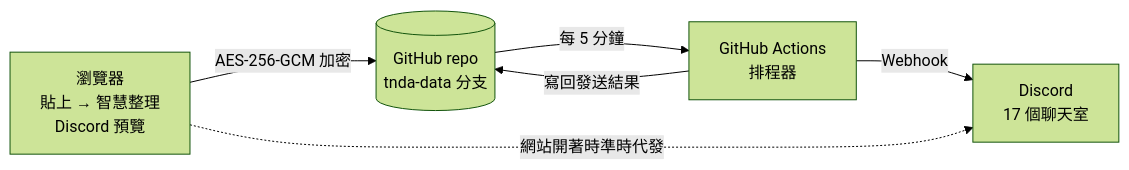
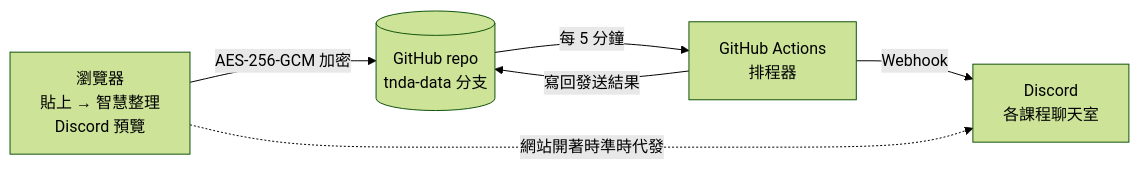
The diagram in README.md (tndaixd2026-dot/TNDA), drawn with Mermaid (forest theme) before and after one commit. The commit also changed other lines of this file and 12 other files, not shown here.

````diff
--- a/README.md
+++ b/README.md
@@ -105,8 +107,8 @@
 ```mermaid
 flowchart LR
   A[瀏覽器<br/>貼上 → 智慧整理<br/>Discord 預覽] -- AES-256-GCM 加密 --> B[(GitHub repo<br/>tnda-data 分支)]
   B -- 每 5 分鐘 --> C[GitHub Actions<br/>排程器]
-  C -- Webhook --> D[Discord<br/>17 個聊天室]
+  C -- Webhook --> D[Discord<br/>各課程聊天室]
   C -- 寫回發送結果 --> B
   A -. 網站開著時準時代發 .-> D
 ```
````
